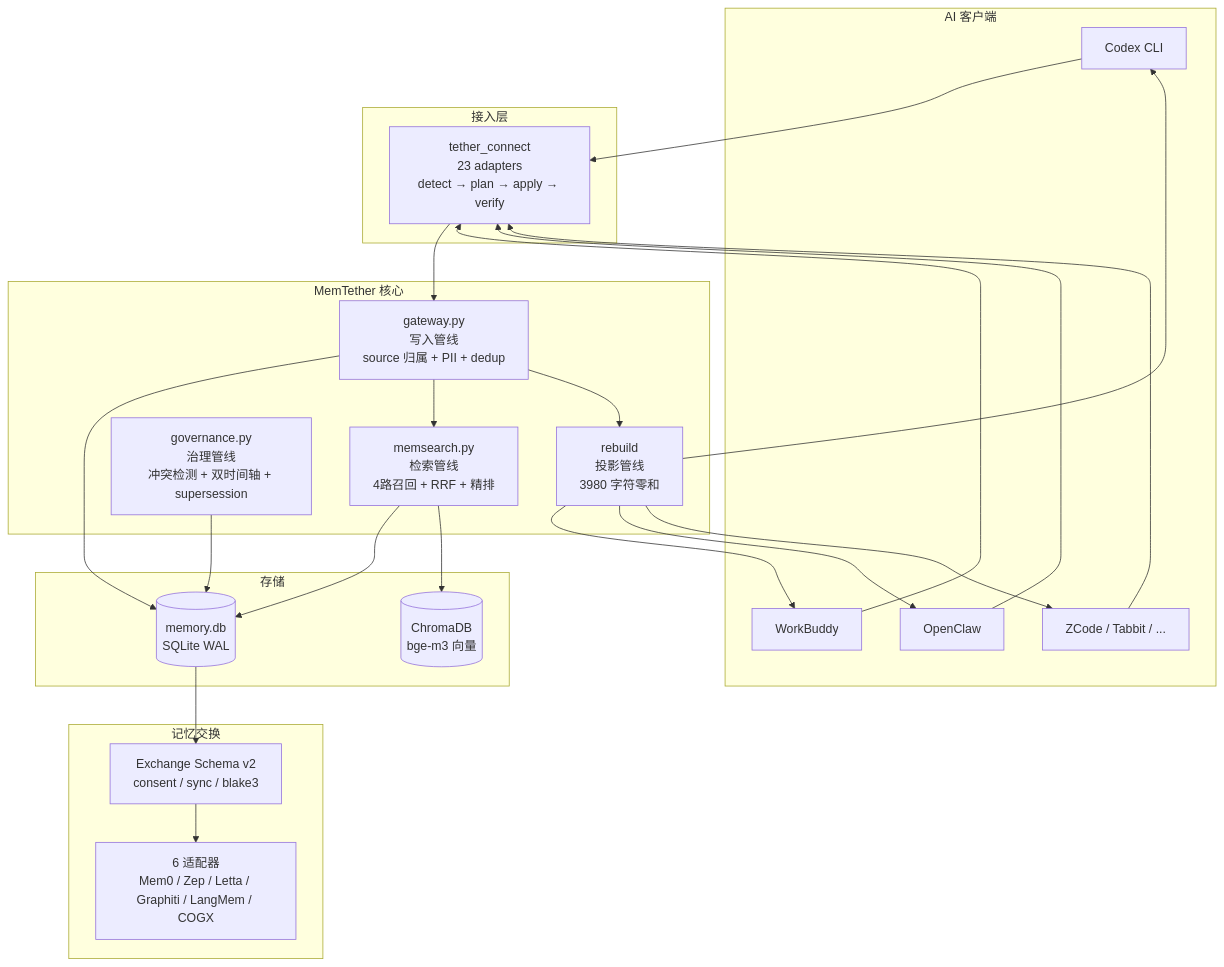
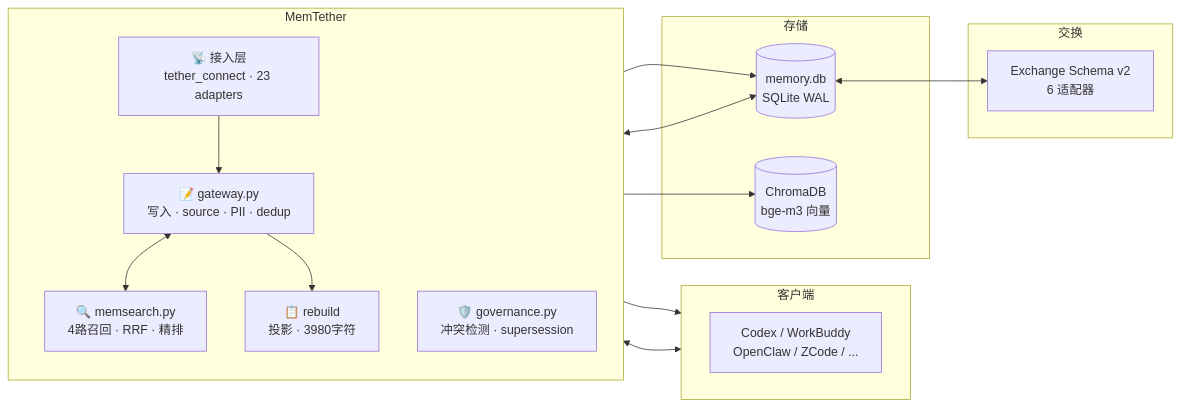
The diagram in README.md (MemTether/MemTether), drawn with Mermaid before and after one commit.

Commit message:
docs(README): simplify Mermaid diagram — LR flow, fewer nodes, no crossing lines

````diff
--- a/README.md
+++ b/README.md
@@ -64,42 +64,35 @@
 ```mermaid
-graph TB
-    subgraph "AI 客户端"
-        A1[Codex CLI]
-        A2[WorkBuddy]
-        A3[OpenClaw]
-        A4[ZCode / Tabbit / ...]
+graph LR
+    subgraph 客户端
+        direction LR
+        A["Codex / WorkBuddy<br/>OpenClaw / ZCode / ..."]
     end
 
-    subgraph "接入层"
-        B[tether_connect<br/>23 adapters<br/>detect → plan → apply → verify]
+    subgraph MemTether
+        direction TB
+        B["📡 接入层<br/>tether_connect · 23 adapters"]
+        C["📝 gateway.py<br/>写入 · source · PII · dedup"]
+        D["🔍 memsearch.py<br/>4路召回 · RRF · 精排"]
+        E["🛡️ governance.py<br/>冲突检测 · supersession"]
+        F["📋 rebuild<br/>投影 · 3980字符"]
     end
 
-    subgraph "MemTether 核心"
-        C[gateway.py<br/>写入管线<br/>source 归属 + PII + dedup]
-        D[memsearch.py<br/>检索管线<br/>4路召回 + RRF + 精排]
-        E[governance.py<br/>治理管线<br/>冲突检测 + 双时间轴 + supersession]
-        F[rebuild<br/>投影管线<br/>3980 字符零和]
+    subgraph 存储
+        I[("memory.db<br/>SQLite WAL")]
+        J[("ChromaDB<br/>bge-m3 向量")]
     end
 
-    subgraph "记忆交换"
-        G[Exchange Schema v2<br/>consent / sync / blake3]
-        H[6 适配器<br/>Mem0 / Zep / Letta / Graphiti / LangMem / COGX]
+    subgraph 交换
+        H["Exchange Schema v2<br/>6 适配器"]
     end
 
-    subgraph "存储"
-        I[(memory.db<br/>SQLite WAL)]
-        J[(ChromaDB<br/>bge-m3 向量)]
-    end
-
-    A1 & A2 & A3 & A4 --> B
+    A <--> B
     B --> C
     C --> I
-    C --> D
-    D --> I
+    C <--> D
     D --> J
-    E --> I
+    E <--> I
     C --> F
-    F --> A1 & A2 & A3 & A4
-    I --> G
-    G --> H
+    F --> A
+    I <--> H
 ```
````
